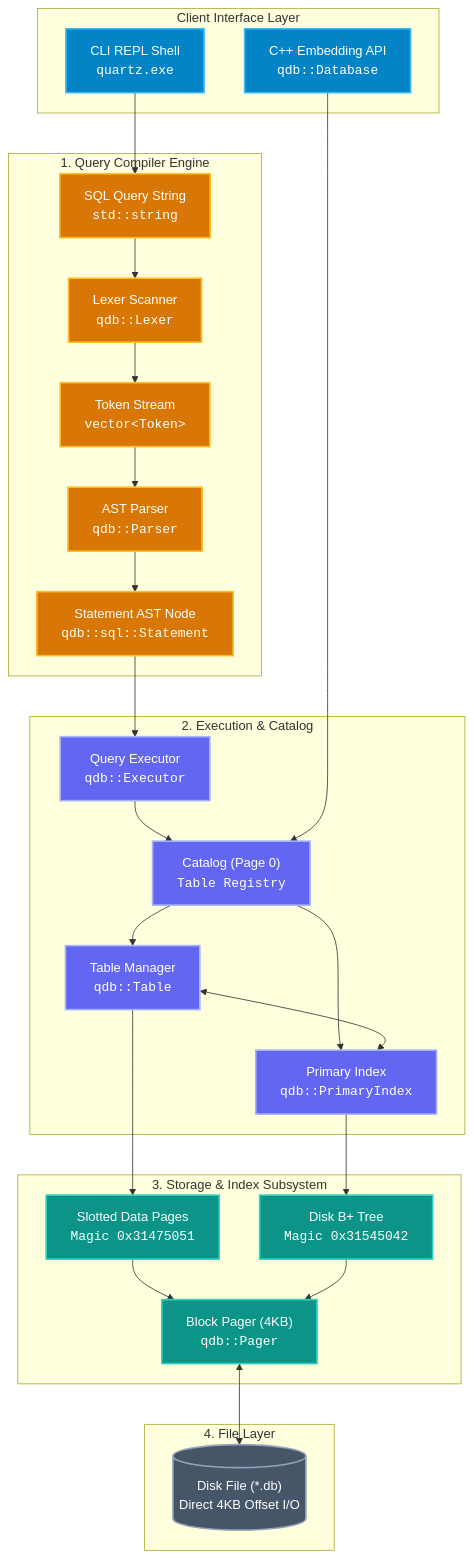
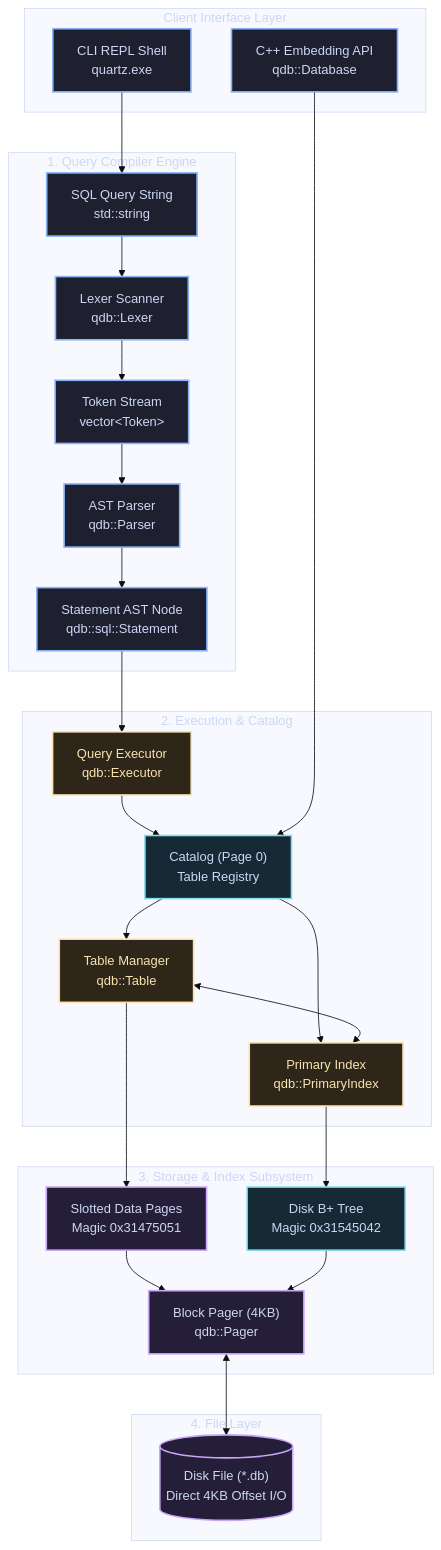
One commit to KAAZamapiloT/QUARTZ_DB changed the first of 2 diagrams in docs/architecture/overview.md. Above: the diagram before and after it, drawn with Mermaid. The commit also changed 18 other files, not shown here.

````diff
--- a/docs/architecture/overview.md
+++ b/docs/architecture/overview.md
@@ -16,59 +16,60 @@
 ```mermaid
+%%{init: {'theme': 'base', 'themeVariables': {'edgeLabelBackground': '#1e1e2e', 'tertiaryTextColor': '#cdd6f4'}}}%%
 flowchart TB
-    %% Multi-Layer Architectural Subsystem Classes
-    classDef cClient fill:#0284c7,stroke:#38bdf8,stroke-width:2px,color:#ffffff;
-    classDef cCompiler fill:#d97706,stroke:#fbbf24,stroke-width:2px,color:#ffffff;
-    classDef cExec fill:#6366f1,stroke:#a5b4fc,stroke-width:2px,color:#ffffff;
-    classDef cStorage fill:#0d9488,stroke:#2dd4bf,stroke-width:2px,color:#ffffff;
-    classDef cDisk fill:#475569,stroke:#94a3b8,stroke-width:2px,color:#ffffff;
+    classDef entry fill:#1e2030,stroke:#89b4fa,stroke-width:2px,color:#cdd6f4;
+    classDef guard fill:#2e2619,stroke:#f9e2af,stroke-width:2px,color:#f9e2af;
+    classDef success fill:#182c25,stroke:#a6e3a1,stroke-width:2px,color:#a6e3a1;
+    classDef error fill:#331c24,stroke:#f38ba8,stroke-width:2px,color:#f38ba8;
+    classDef disk fill:#241e38,stroke:#cba6f7,stroke-width:2px,color:#cdd6f4;
+    classDef shared fill:#162a35,stroke:#89dceb,stroke-width:2px,color:#cdd6f4;
 
     subgraph Client ["Client Interface Layer"]
-        CLI["CLI REPL Shell<br><code>quartz.exe</code>"]:::cClient
-        CPP["C++ Embedding API<br><code>qdb::Database</code>"]:::cClient
+        CLI["CLI REPL Shell<br/>quartz.exe"]:::entry
+        CPP["C++ Embedding API<br/>qdb::Database"]:::entry
     end
 
     subgraph Compiler ["1. Query Compiler Engine"]
-        SQL["SQL Query String<br><code>std::string</code>"]:::cCompiler
-        LEX["Lexer Scanner<br><code>qdb::Lexer</code>"]:::cCompiler
-        TOK["Token Stream<br><code>vector&lt;Token&gt;</code>"]:::cCompiler
-        PARSE["AST Parser<br><code>qdb::Parser</code>"]:::cCompiler
-        AST["Statement AST Node<br><code>qdb::sql::Statement</code>"]:::cCompiler
+        SQL["SQL Query String<br/>std::string"]:::entry
+        LEX["Lexer Scanner<br/>qdb::Lexer"]:::entry
+        TOK["Token Stream<br/>vector&lt;Token&gt;"]:::entry
+        PARSE["AST Parser<br/>qdb::Parser"]:::entry
+        AST["Statement AST Node<br/>qdb::sql::Statement"]:::entry
         
         SQL --> LEX
         LEX --> TOK
         TOK --> PARSE
         PARSE --> AST
     end
 
     subgraph Runtime ["2. Execution & Catalog"]
-        EXEC["Query Executor<br><code>qdb::Executor</code>"]:::cExec
-        CATALOG["Catalog (Page 0)<br><code>Table Registry</code>"]:::cExec
-        TABLE["Table Manager<br><code>qdb::Table</code>"]:::cExec
-        INDEX["Primary Index<br><code>qdb::PrimaryIndex</code>"]:::cExec
+        EXEC["Query Executor<br/>qdb::Executor"]:::guard
+        CATALOG["Catalog (Page 0)<br/>Table Registry"]:::shared
+        TABLE["Table Manager<br/>qdb::Table"]:::guard
+        INDEX["Primary Index<br/>qdb::PrimaryIndex"]:::guard
         
         AST --> EXEC
         EXEC --> CATALOG
         CATALOG --> TABLE
         CATALOG --> INDEX
         TABLE <--> INDEX
     end
 
     subgraph Storage ["3. Storage & Index Subsystem"]
-        SLOT["Slotted Data Pages<br><code>Magic 0x31475051</code>"]:::cStorage
-        BPT["Disk B+ Tree<br><code>Magic 0x31545042</code>"]:::cStorage
-        PAGER["Block Pager (4KB)<br><code>qdb::Pager</code>"]:::cStorage
+        SLOT["Slotted Data Pages<br/>Magic 0x31475051"]:::disk
+        BPT["Disk B+ Tree<br/>Magic 0x31545042"]:::shared
+        PAGER["Block Pager (4KB)<br/>qdb::Pager"]:::disk
         
         TABLE --> SLOT
         INDEX --> BPT
         SLOT --> PAGER
         BPT --> PAGER
     end
 
     subgraph DiskLayer ["4. File Layer"]
-        DISK[("Disk File (*.db)<br>Direct 4KB Offset I/O")]:::cDisk
+        DISK[("Disk File (*.db)<br/>Direct 4KB Offset I/O")]:::disk
         PAGER <--> DISK
     end
 
     CLI --> SQL
     CPP --> CATALOG
 ```
````
